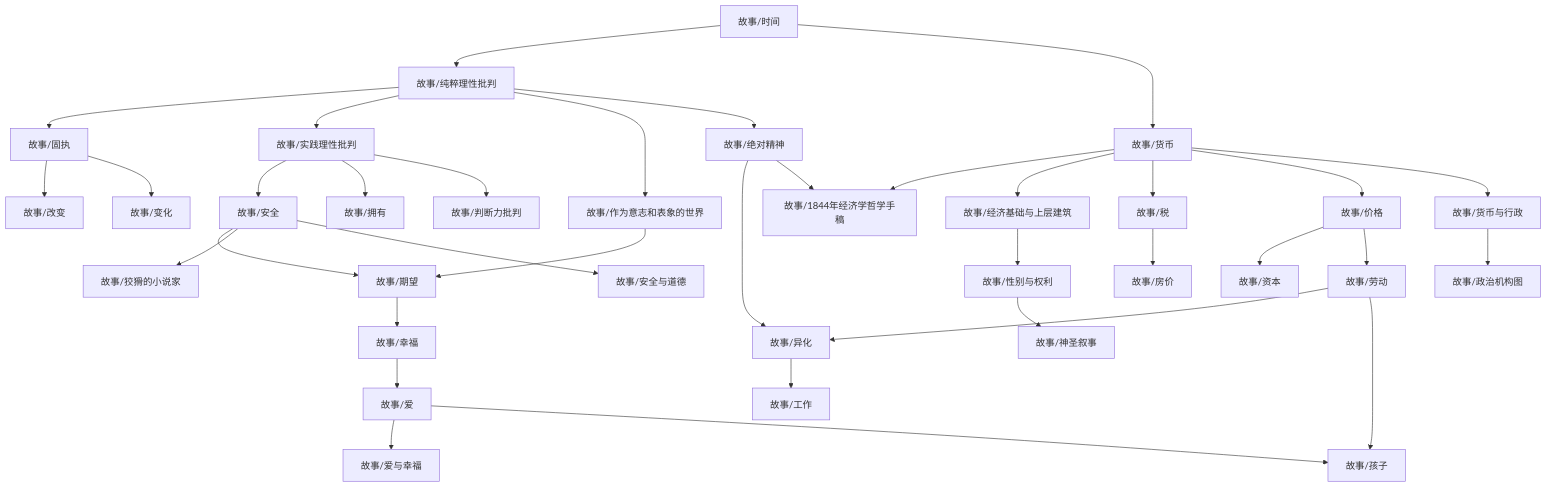
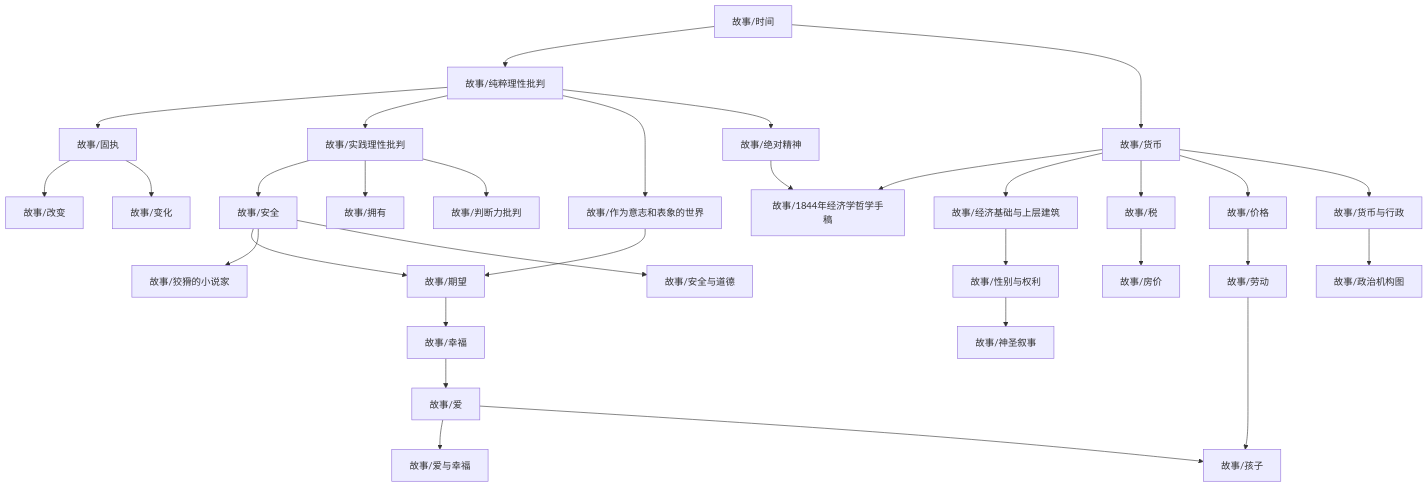
The diagram in content/故事/dependency_graph.md (zengls3186428803/zengls3186428803.github.io), drawn with Mermaid before and after one commit. The commit also changed 4 other files, not shown here.

````diff
--- a/content/故事/dependency_graph.md
+++ b/content/故事/dependency_graph.md
@@ -1,38 +1,34 @@
 ```mermaid
 graph TD
-1["故事/劳动"] --> 0["故事/异化"]
-2["故事/绝对精神"] --> 0["故事/异化"]
-4["故事/纯粹理性批判"] --> 3["故事/固执"]
-6["故事/经济基础与上层建筑"] --> 5["故事/性别与权利"]
-8["故事/价格"] --> 7["故事/资本"]
-3["故事/固执"] --> 9["故事/改变"]
-11["故事/货币"] --> 10["故事/1844年经济学哲学手稿"]
-2["故事/绝对精神"] --> 10["故事/1844年经济学哲学手稿"]
-13["故事/作为意志和表象的世界"] --> 12["故事/期望"]
-14["故事/安全"] --> 12["故事/期望"]
-14["故事/安全"] --> 15["故事/狡猾的小说家"]
-4["故事/纯粹理性批判"] --> 16["故事/实践理性批判"]
-17["故事/时间"] --> 4["故事/纯粹理性批判"]
-16["故事/实践理性批判"] --> 14["故事/安全"]
-11["故事/货币"] --> 6["故事/经济基础与上层建筑"]
-16["故事/实践理性批判"] --> 18["故事/拥有"]
-11["故事/货币"] --> 19["故事/税"]
-19["故事/税"] --> 20["故事/房价"]
-22["故事/货币与行政"] --> 21["故事/政治机构图"]
-3["故事/固执"] --> 23["故事/变化"]
-25["故事/幸福"] --> 24["故事/爱"]
-11["故事/货币"] --> 8["故事/价格"]
-4["故事/纯粹理性批判"] --> 13["故事/作为意志和表象的世界"]
-4["故事/纯粹理性批判"] --> 2["故事/绝对精神"]
-11["故事/货币"] --> 22["故事/货币与行政"]
-14["故事/安全"] --> 27["故事/安全与道德"]
-5["故事/性别与权利"] --> 28["故事/神圣叙事"]
-0["故事/异化"] --> 29["故事/工作"]
-24["故事/爱"] --> 30["故事/爱与幸福"]
-17["故事/时间"] --> 11["故事/货币"]
-24["故事/爱"] --> 31["故事/孩子"]
-1["故事/劳动"] --> 31["故事/孩子"]
-8["故事/价格"] --> 1["故事/劳动"]
-16["故事/实践理性批判"] --> 32["故事/判断力批判"]
-12["故事/期望"] --> 25["故事/幸福"]
+1["故事/纯粹理性批判"] --> 0["故事/固执"]
+3["故事/经济基础与上层建筑"] --> 2["故事/性别与权利"]
+0["故事/固执"] --> 4["故事/改变"]
+6["故事/货币"] --> 5["故事/1844年经济学哲学手稿"]
+7["故事/绝对精神"] --> 5["故事/1844年经济学哲学手稿"]
+9["故事/作为意志和表象的世界"] --> 8["故事/期望"]
+10["故事/安全"] --> 8["故事/期望"]
+10["故事/安全"] --> 11["故事/狡猾的小说家"]
+1["故事/纯粹理性批判"] --> 12["故事/实践理性批判"]
+13["故事/时间"] --> 1["故事/纯粹理性批判"]
+12["故事/实践理性批判"] --> 10["故事/安全"]
+6["故事/货币"] --> 3["故事/经济基础与上层建筑"]
+12["故事/实践理性批判"] --> 14["故事/拥有"]
+6["故事/货币"] --> 15["故事/税"]
+15["故事/税"] --> 16["故事/房价"]
+18["故事/货币与行政"] --> 17["故事/政治机构图"]
+0["故事/固执"] --> 19["故事/变化"]
+21["故事/幸福"] --> 20["故事/爱"]
+6["故事/货币"] --> 22["故事/价格"]
+1["故事/纯粹理性批判"] --> 9["故事/作为意志和表象的世界"]
+1["故事/纯粹理性批判"] --> 7["故事/绝对精神"]
+6["故事/货币"] --> 18["故事/货币与行政"]
+10["故事/安全"] --> 24["故事/安全与道德"]
+2["故事/性别与权利"] --> 25["故事/神圣叙事"]
+20["故事/爱"] --> 26["故事/爱与幸福"]
+13["故事/时间"] --> 6["故事/货币"]
+20["故事/爱"] --> 27["故事/孩子"]
+28["故事/劳动"] --> 27["故事/孩子"]
+22["故事/价格"] --> 28["故事/劳动"]
+12["故事/实践理性批判"] --> 29["故事/判断力批判"]
+8["故事/期望"] --> 21["故事/幸福"]
 ```
````
